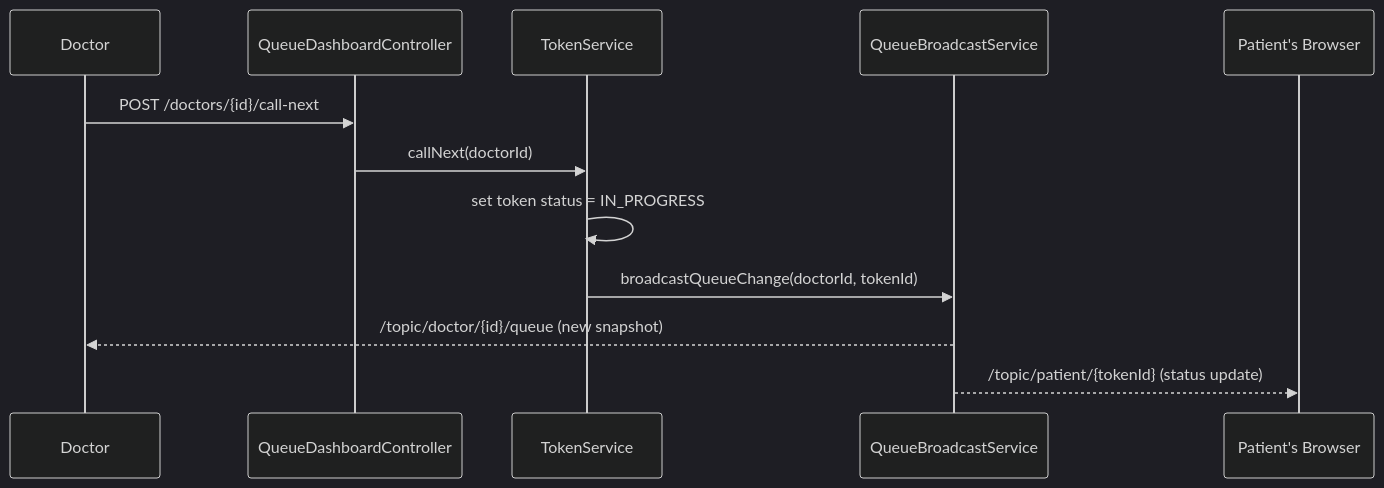
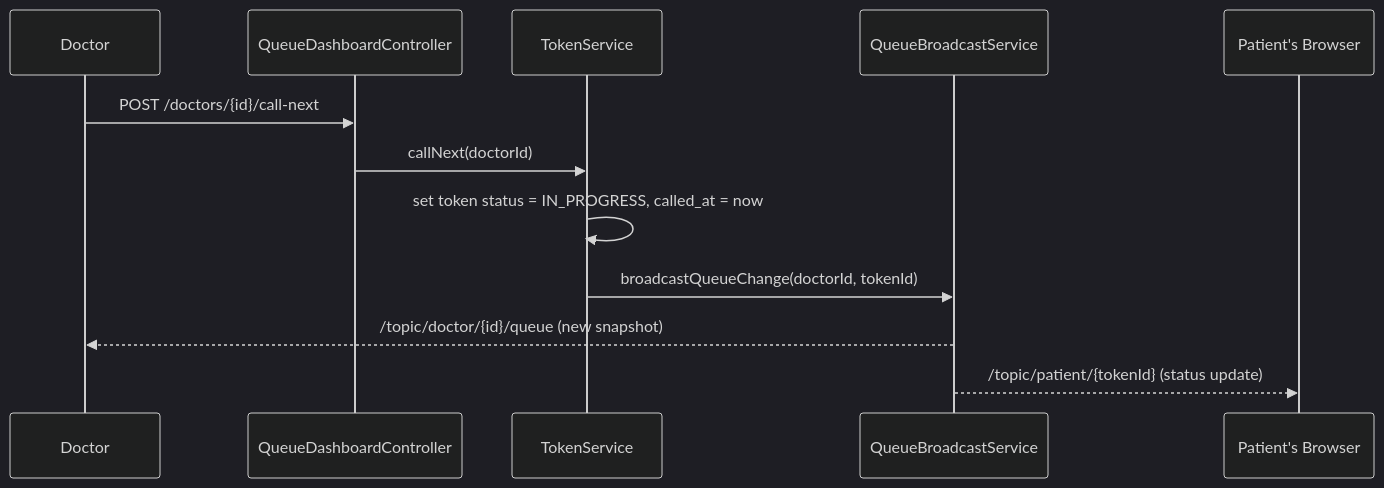
The third of 3 diagrams in README.md (srummanf/Smart-Queue-Management-System-for-Hospitals), drawn with Mermaid (dark theme) before and after one commit. The commit also changed other lines of this file, not shown here.

````diff
--- a/README.md
+++ b/README.md
@@ -195,15 +212,15 @@
 ```mermaid
 sequenceDiagram
     participant Doctor
     participant Controller as QueueDashboardController
     participant Service as TokenService
     participant Broadcast as QueueBroadcastService
     participant Patient as Patient's Browser
 
     Doctor->>Controller: POST /doctors/{id}/call-next
     Controller->>Service: callNext(doctorId)
-    Service->>Service: set token status = IN_PROGRESS
+    Service->>Service: set token status = IN_PROGRESS, called_at = now
     Service->>Broadcast: broadcastQueueChange(doctorId, tokenId)
     Broadcast-->>Doctor: /topic/doctor/{id}/queue (new snapshot)
     Broadcast-->>Patient: /topic/patient/{tokenId} (status update)
 ```
````
